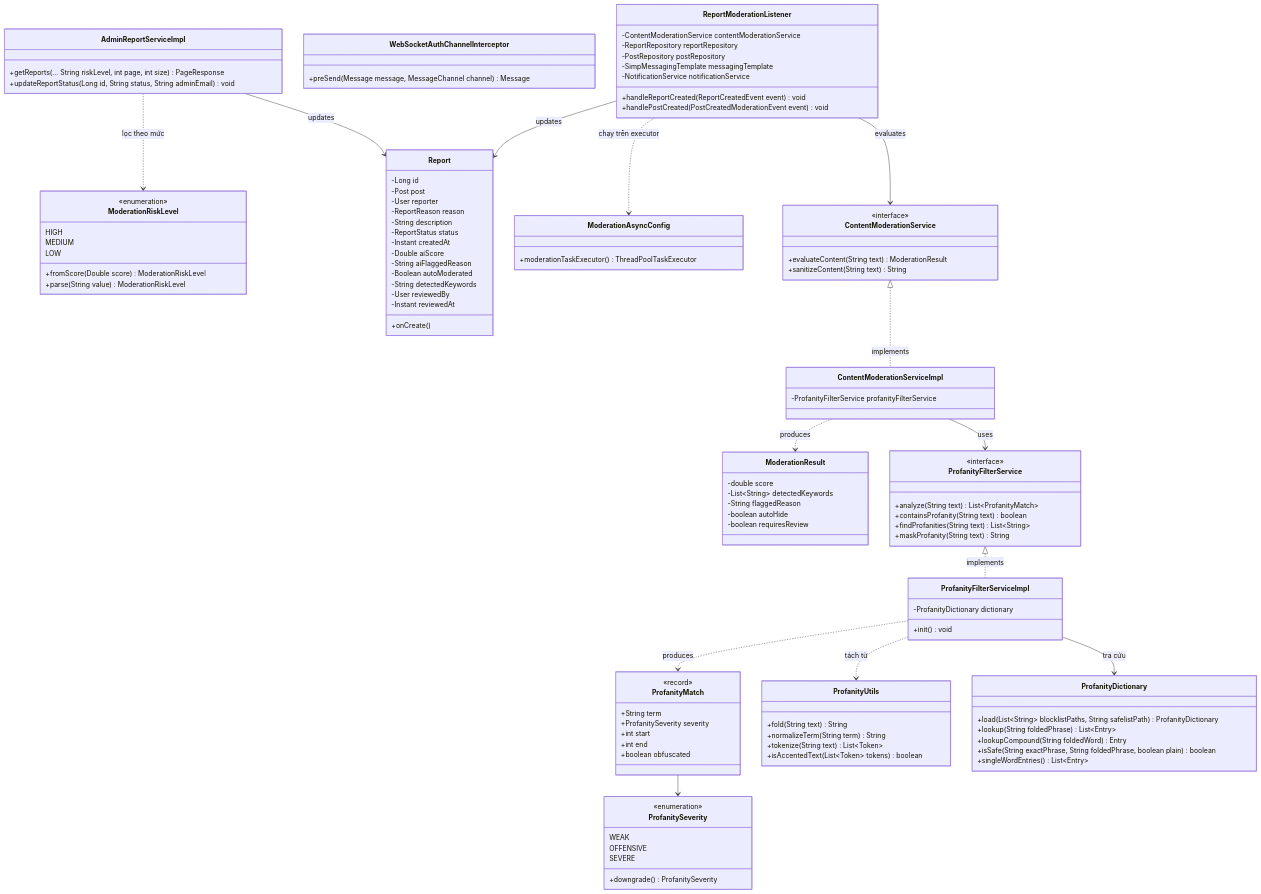
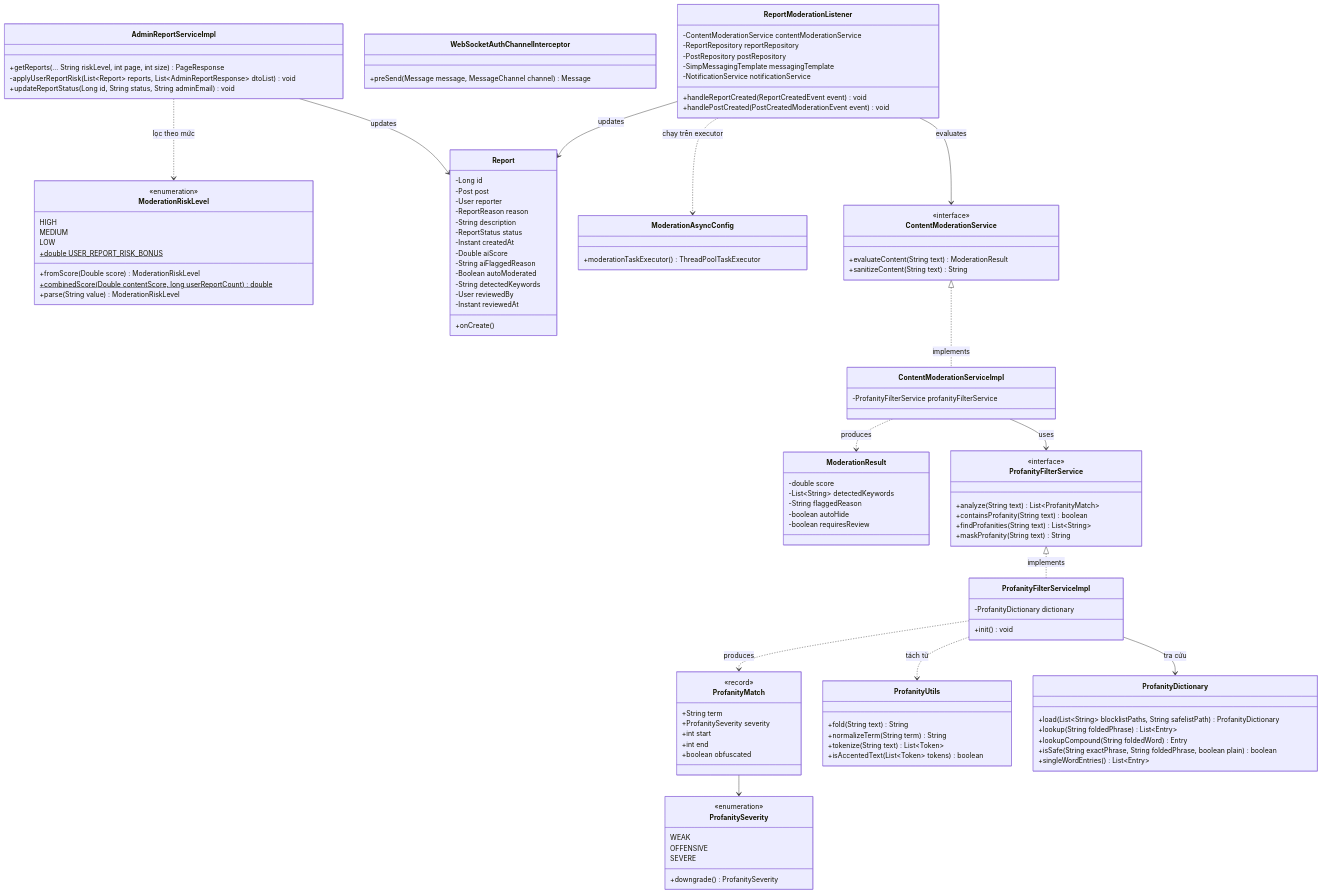
One commit to Alumnect/Alumnect changed the third of 3 diagrams in docs/update_SRS/SRS_UC_123_Automated_Content_Moderation.md. Above: the diagram before and after it, drawn with Mermaid. The commit also changed other lines of this file and 9 other files, not shown here.

First line of the commit message:
feat(admin-reports): cộng 10% rủi ro cho mỗi lượt người dùng báo cáo bài viết

```diff
--- a/docs/update_SRS/SRS_UC_123_Automated_Content_Moderation.md
+++ b/docs/update_SRS/SRS_UC_123_Automated_Content_Moderation.md
@@ -261,7 +265,9 @@
         HIGH
         MEDIUM
         LOW
+        +double USER_REPORT_RISK_BONUS$
         +fromScore(Double score) ModerationRiskLevel
+        +combinedScore(Double contentScore, long userReportCount) double$
         +parse(String value) ModerationRiskLevel
     }
 
@@ -340,6 +346,7 @@
 
     class AdminReportServiceImpl {
         +getReports(... String riskLevel, int page, int size) PageResponse
+        -applyUserReportRisk(List~Report~ reports, List~AdminReportResponse~ dtoList) void
         +updateReportStatus(Long id, String status, String adminEmail) void
     }
 
```
